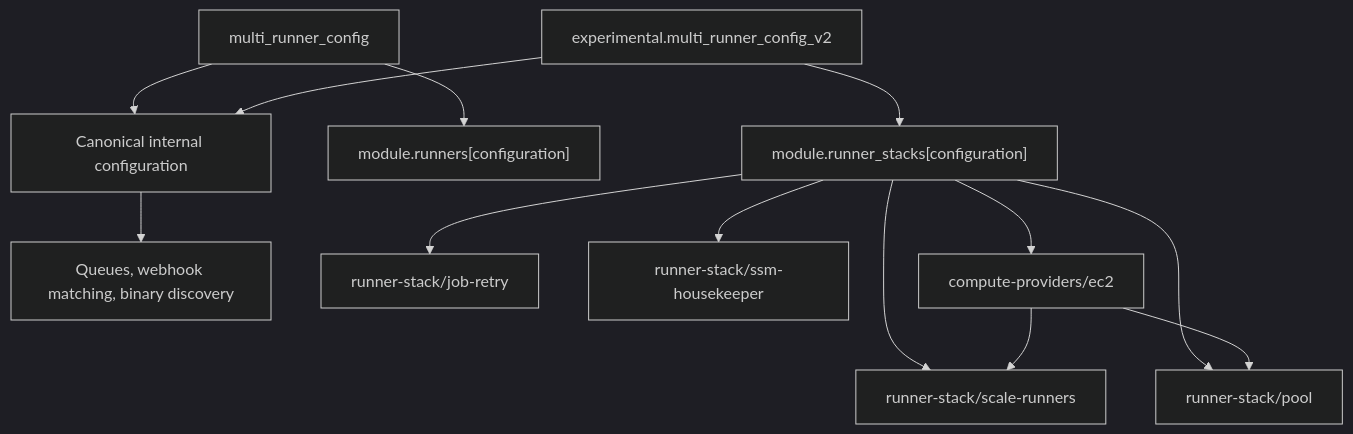
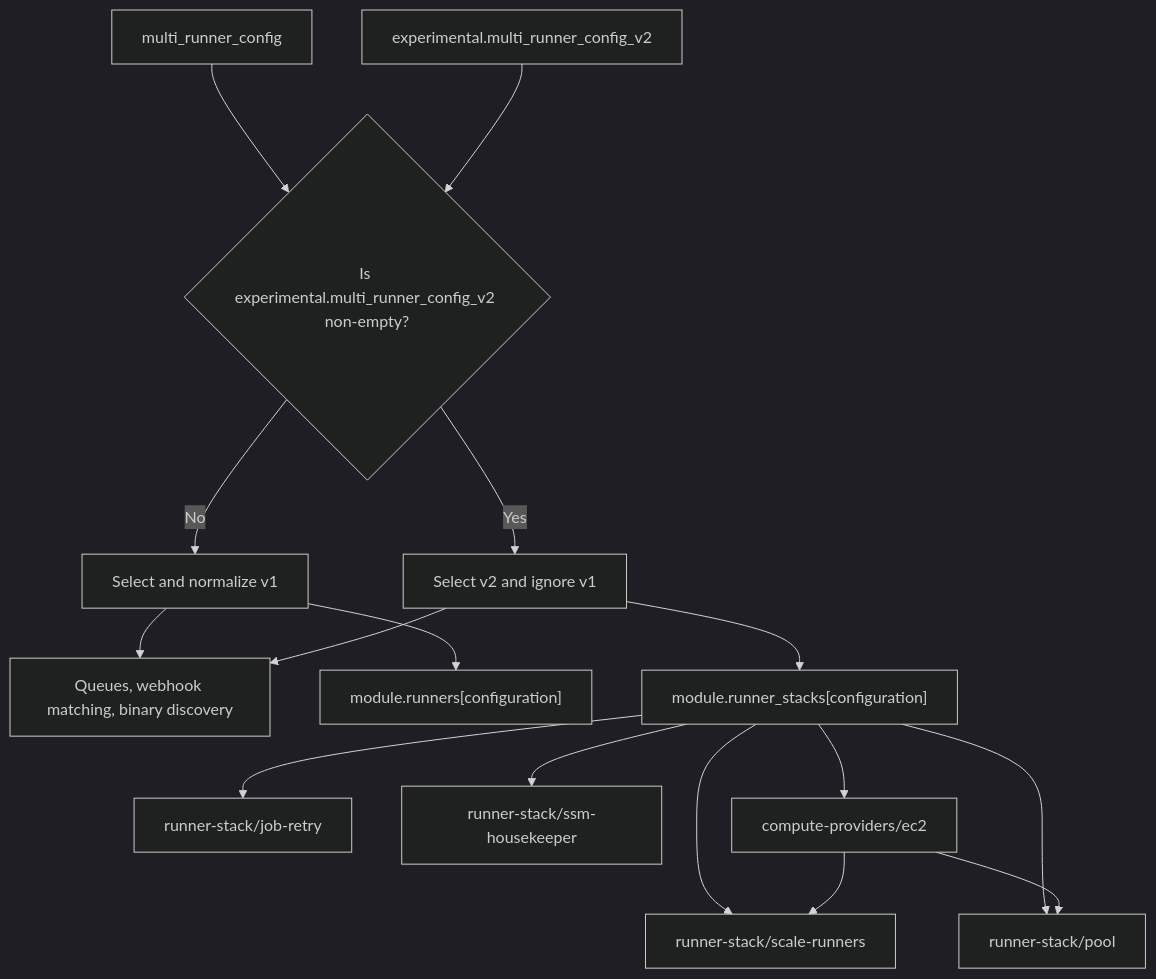
One commit to github-aws-runners/terraform-aws-github-runner changed the diagram in docs/modules/internal/compute-provider-refactor.md. Above: the diagram before and after it, drawn with Mermaid (dark theme). The commit also changed other lines of this file and 36 other files, not shown here.

Commit message:
refactor(multi-runner): decouple EC2 compute provider

````diff
--- a/docs/modules/internal/compute-provider-refactor.md
+++ b/docs/modules/internal/compute-provider-refactor.md
@@ -39,15 +48,18 @@
 ```mermaid
 flowchart TD
-  Stable["multi_runner_config"] --> Normalize["Canonical internal configuration"]
-  Experimental["experimental.multi_runner_config_v2"] --> Normalize
-  Normalize --> Shared["Queues, webhook matching, binary discovery"]
-  Stable --> Legacy["module.runners[configuration]"]
-  Experimental --> Stack["module.runner_stacks[configuration]"]
+  Stable["multi_runner_config"] --> Select{"Is experimental.multi_runner_config_v2 non-empty?"}
+  Experimental["experimental.multi_runner_config_v2"] --> Select
+  Select -->|No| V1["Select and normalize v1"]
+  Select -->|Yes| V2["Select v2 and ignore v1"]
+  V1 --> Shared["Queues, webhook matching, binary discovery"]
+  V2 --> Shared
+  V1 --> Legacy["module.runners[configuration]"]
+  V2 --> Stack["module.runner_stacks[configuration]"]
   Stack --> Scaling["runner-stack/scale-runners"]
   Stack --> Pool["runner-stack/pool"]
   Stack --> Retry["runner-stack/job-retry"]
   Stack --> Housekeeper["runner-stack/ssm-housekeeper"]
   Stack --> Provider["compute-providers/ec2"]
   Provider --> Scaling
   Provider --> Pool
 ```
````
